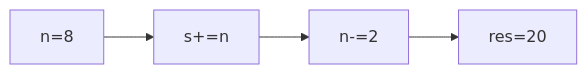
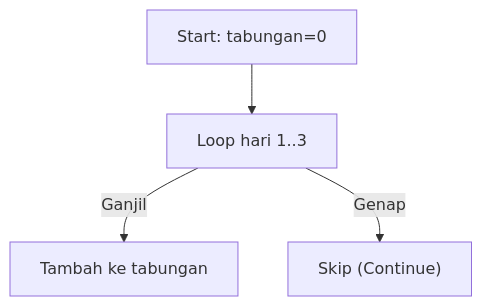
The second of 25 diagrams in part-c-pemahaman-cpp/03-perulangan/latihan/set-02.md (amnahwaida/OSNK_INF_PREP), drawn with Mermaid before and after one commit. The commit also changed other lines of this file and 71 other files, not shown here.

````diff
--- a/part-c-pemahaman-cpp/03-perulangan/latihan/set-02.md
+++ b/part-c-pemahaman-cpp/03-perulangan/latihan/set-02.md
@@ -48,6 +56,6 @@
 ```mermaid
-graph LR
-A["n=8"] --> B["s+=n"]
-B --> C["n-=2"]
-C --> D["res=20"]
+graph TD
+A["Start: tabungan=0"] --> B["Loop hari 1..3"]
+B -- Ganjil --> C["Tambah ke tabungan"]
+B -- Genap --> D["Skip (Continue)"]
 ```
````
